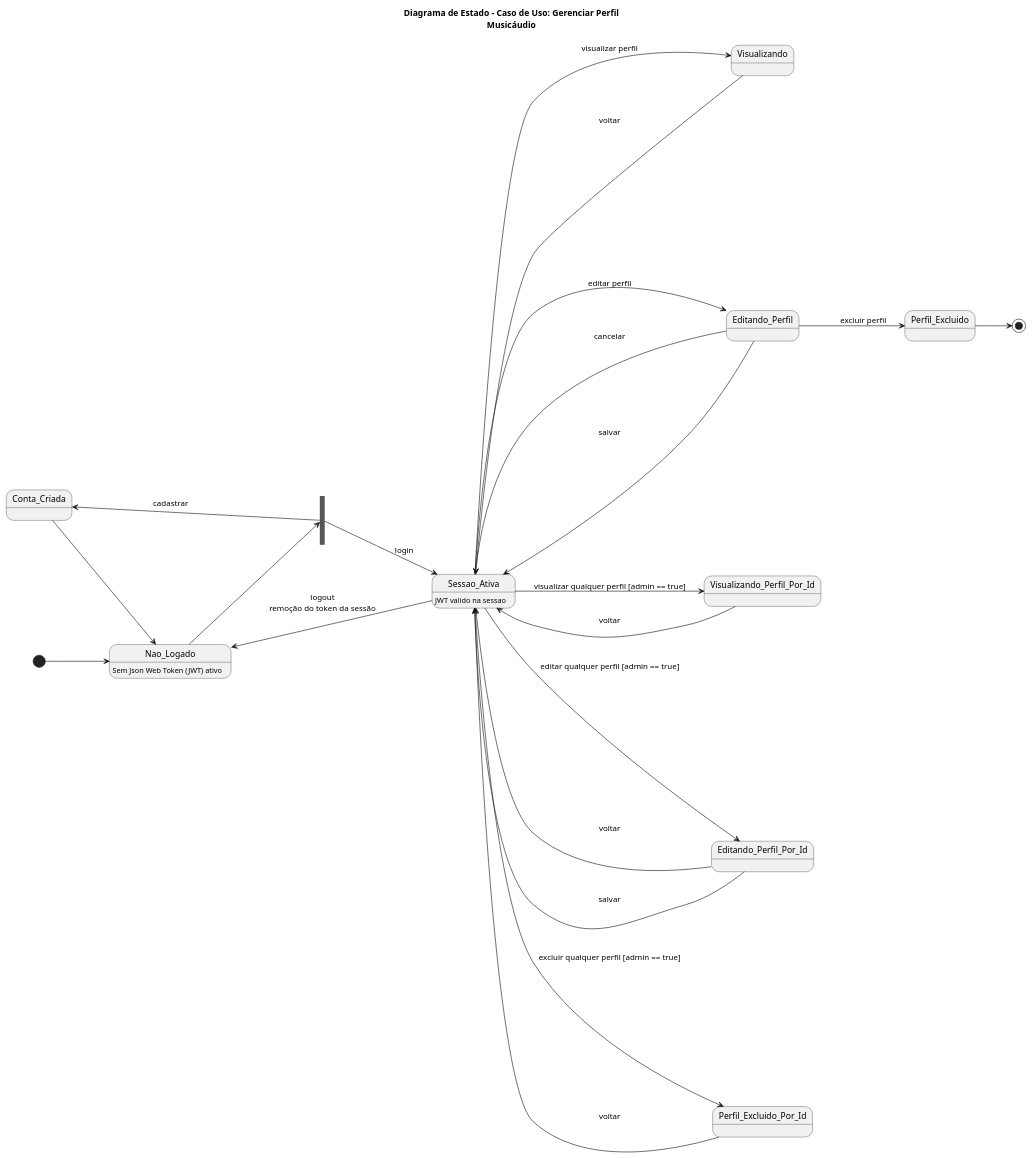
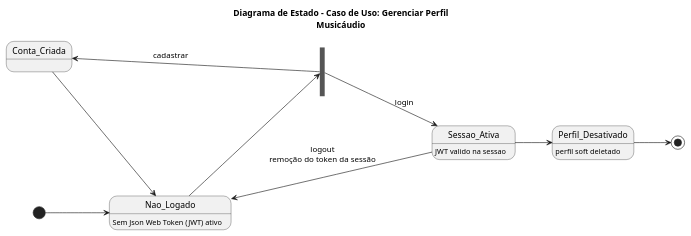
Before and after one commit to JorgeSkraba/Musicaudio_UML: the diagram in Estado/gerenciar_perfil.puml, drawn with PlantUML. The commit also changed 6 other files, not shown here.

Commit message:
adição dos diagramas de sequência para Gerenciar Aula e Gerenciar Material, modificação no diagrama de Estado

```diff
--- a/Estado/gerenciar_perfil.puml
+++ b/Estado/gerenciar_perfil.puml
@@ -1,40 +1,27 @@
 @startuml gerenciar_perfil
 
 title Diagrama de Estado - Caso de Uso: Gerenciar Perfil\nMusicáudio
 
 skinparam backgroundColor white
 
 skinparam nodesep 150
 
 left to right direction
 
 'cadastro e login
 [*] --> Nao_Logado
 Nao_Logado : Sem Json Web Token (JWT) ativo
 state fork_state <<fork>>
 Nao_Logado --> fork_state
 fork_state -up-> Conta_Criada : cadastrar
 fork_state --> Sessao_Ativa : login
 Sessao_Ativa : JWT valido na sessao
 Conta_Criada --> Nao_Logado
 Sessao_Ativa --> Nao_Logado : logout\nremoção do token da sessão
 
-'CRUD perfil
-Sessao_Ativa --> Visualizando : visualizar perfil
-Visualizando --> Sessao_Ativa : voltar
-Sessao_Ativa --> Editando_Perfil : editar perfil
-Editando_Perfil --> Sessao_Ativa : cancelar
-Editando_Perfil --> Sessao_Ativa : salvar
-Editando_Perfil --> Perfil_Excluido : excluir perfil
-Perfil_Excluido --> [*]
-
-'CRUD perfil admin
-Sessao_Ativa --> Visualizando_Perfil_Por_Id : visualizar qualquer perfil [admin == true]
-Visualizando_Perfil_Por_Id --> Sessao_Ativa : voltar
-Sessao_Ativa --> Editando_Perfil_Por_Id : editar qualquer perfil [admin == true]
-Editando_Perfil_Por_Id --> Sessao_Ativa : voltar
-Editando_Perfil_Por_Id --> Sessao_Ativa : salvar
-Sessao_Ativa --> Perfil_Excluido_Por_Id : excluir qualquer perfil [admin == true]
-Perfil_Excluido_Por_Id --> Sessao_Ativa : voltar
+'ações
+Sessao_Ativa --> Perfil_Desativado
+Perfil_Desativado : perfil soft deletado
+Perfil_Desativado --> [*]
 
 @enduml
```
